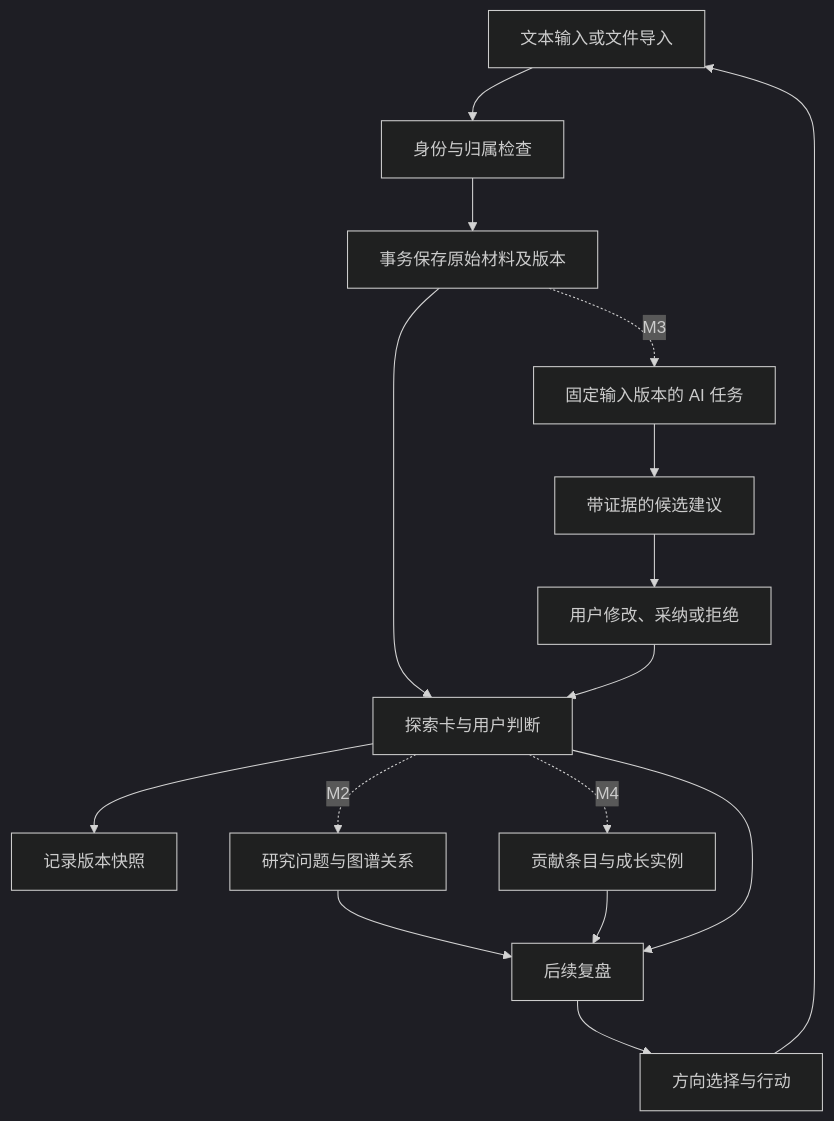
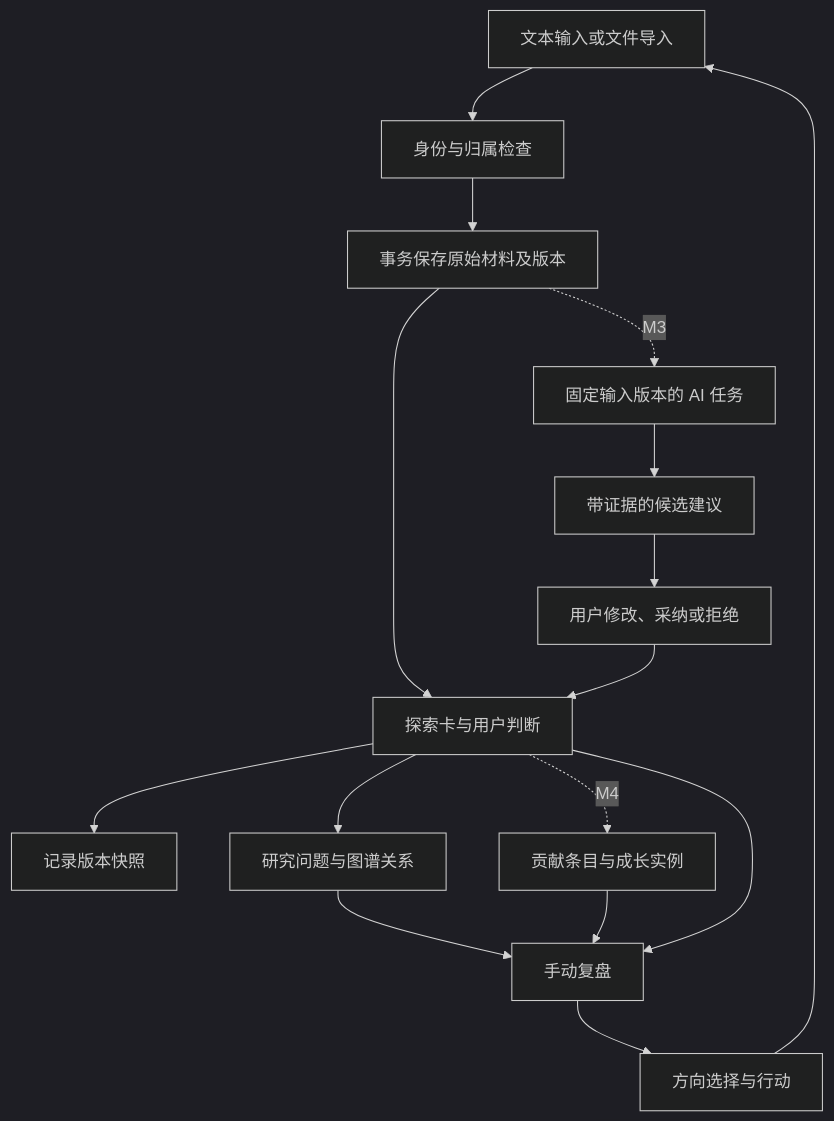
Before and after one commit to Brwaey/EduToyProject: the first of 4 diagrams in docs/ARCHITECTURE.md, drawn with Mermaid (dark theme). The commit also changed other lines of this file, not shown here.

Commit message:
docs: define M2 research graph and action data architecture

````diff
--- a/docs/ARCHITECTURE.md
+++ b/docs/ARCHITECTURE.md
@@ -26,18 +28,18 @@
 ```mermaid
 flowchart TD
     A[文本输入或文件导入] --> B[身份与归属检查]
     B --> C[事务保存原始材料及版本]
     C --> D[探索卡与用户判断]
     D --> E[记录版本快照]
     C -. M3 .-> F[固定输入版本的 AI 任务]
     F --> G[带证据的候选建议]
     G --> H[用户修改、采纳或拒绝]
     H --> D
-    D -. M2 .-> I[研究问题与图谱关系]
+    D --> I[研究问题与图谱关系]
     D -. M4 .-> J[贡献条目与成长实例]
-    I --> K[后续复盘]
+    I --> K[手动复盘]
     J --> K
     D --> K
     K --> L[方向选择与行动]
     L --> A
 ```
````
